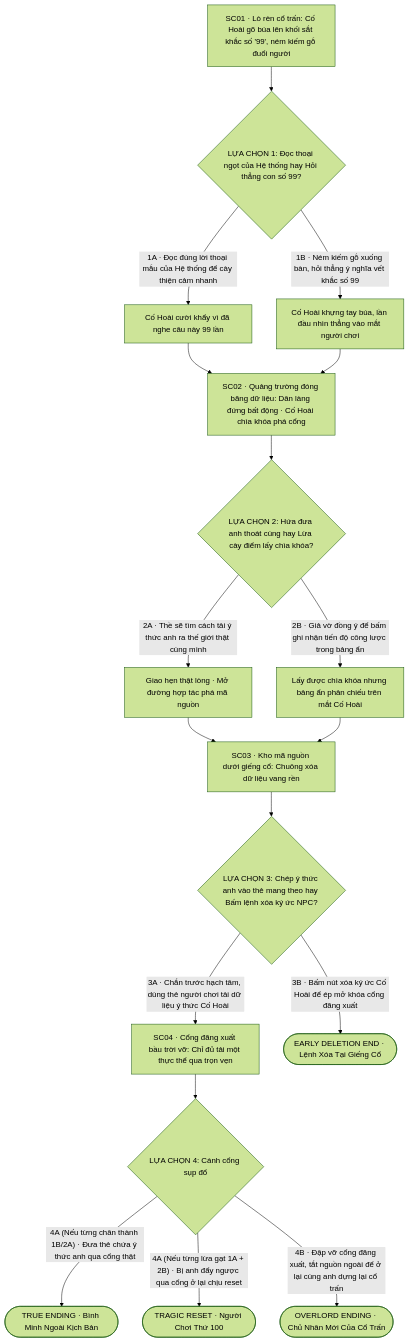
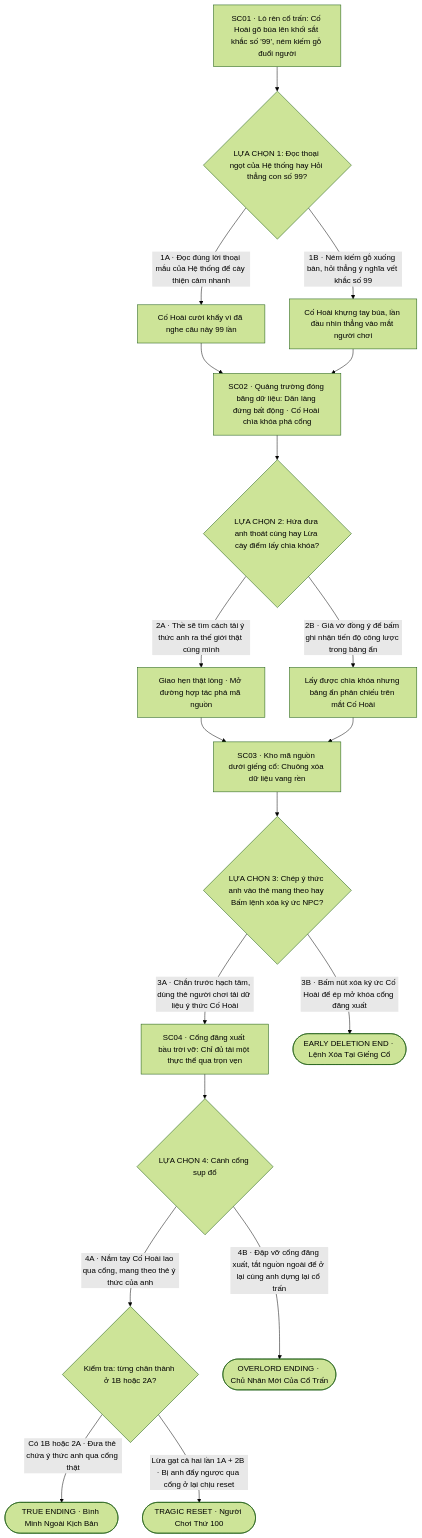
The second of 3 diagrams in cum_y_tuong_dong_10_cong_luoc.md (tviethung/kich-ban-review), drawn with Mermaid (forest theme) before and after one commit. The commit also changed other lines of this file and 3 other files, not shown here.

Commit message:
Cập nhật trang tổng hợp kịch bản

````diff
--- a/cum_y_tuong_dong_10_cong_luoc.md
+++ b/cum_y_tuong_dong_10_cong_luoc.md
@@ -123,25 +123,26 @@
 ```mermaid
 flowchart TD
     P2S1["SC01 · Lò rèn cổ trấn: Cố Hoài gõ búa lên khối sắt khắc số '99', ném kiếm gỗ đuổi người"] --> P2C1{"LỰA CHỌN 1: Đọc thoại ngọt của Hệ thống hay Hỏi thẳng con số 99?"}
     P2C1 -->|"1A · Đọc đúng lời thoại mẫu của Hệ thống để cày thiện cảm nhanh"| P2B1A["Cố Hoài cười khẩy vì đã nghe câu này 99 lần"]
     P2C1 -->|"1B · Ném kiếm gỗ xuống bàn, hỏi thẳng ý nghĩa vết khắc số 99"| P2B1B["Cố Hoài khựng tay búa, lần đầu nhìn thẳng vào mắt người chơi"]
 
     P2B1A --> P2S2["SC02 · Quảng trường đóng băng dữ liệu: Dân làng đứng bất động · Cố Hoài chìa khóa phá cổng"]
     P2B1B --> P2S2
 
     P2S2 --> P2C2{"LỰA CHỌN 2: Hứa đưa anh thoát cùng hay Lừa cày điểm lấy chìa khóa?"}
     P2C2 -->|"2A · Thề sẽ tìm cách tải ý thức anh ra thế giới thật cùng mình"| P2B2A["Giao hẹn thật lòng · Mở đường hợp tác phá mã nguồn"]
     P2C2 -->|"2B · Giả vờ đồng ý để bấm ghi nhận tiến độ công lược trong bảng ẩn"| P2B2B["Lấy được chìa khóa nhưng bảng ẩn phản chiếu trên mắt Cố Hoài"]
 
     P2B2A --> P2S3["SC03 · Kho mã nguồn dưới giếng cổ: Chuông xóa dữ liệu vang rền"]
     P2B2B --> P2S3
 
     P2S3 --> P2C3{"LỰA CHỌN 3: Chép ý thức anh vào thẻ mang theo hay Bấm lệnh xóa ký ức NPC?"}
     P2C3 -->|"3A · Chắn trước hạch tâm, dùng thẻ người chơi tải dữ liệu ý thức Cố Hoài"| P2S4["SC04 · Cổng đăng xuất bầu trời vỡ: Chỉ đủ tải một thực thể qua trọn vẹn"]
     P2C3 -->|"3B · Bấm nút xóa ký ức Cố Hoài để ép mở khóa cổng đăng xuất"| P2E4(["EARLY DELETION END · Lệnh Xóa Tại Giếng Cổ"])
 
     P2S4 --> P2C4{"LỰA CHỌN 4: Cánh cổng sụp đổ"}
-    P2C4 -->|"4A (Nếu từng chân thành 1B/2A) · Đưa thẻ chứa ý thức anh qua cổng thật"| P2E1(["TRUE ENDING · Bình Minh Ngoài Kịch Bản"])
-    P2C4 -->|"4A (Nếu từng lừa gạt 1A + 2B) · Bị anh đẩy ngược qua cổng ở lại chịu reset"| P2E2(["TRAGIC RESET · Người Chơi Thứ 100"])
+    P2C4 -->|"4A · Nắm tay Cố Hoài lao qua cổng, mang theo thẻ ý thức của anh"| P2CHK{"Kiểm tra: từng chân thành ở 1B hoặc 2A?"}
+    P2CHK -->|"Có 1B hoặc 2A · Đưa thẻ chứa ý thức anh qua cổng thật"| P2E1(["TRUE ENDING · Bình Minh Ngoài Kịch Bản"])
+    P2CHK -->|"Lừa gạt cả hai lần 1A + 2B · Bị anh đẩy ngược qua cổng ở lại chịu reset"| P2E2(["TRAGIC RESET · Người Chơi Thứ 100"])
     P2C4 -->|"4B · Đập vỡ cổng đăng xuất, tắt nguồn ngoài để ở lại cùng anh dựng lại cổ trấn"| P2E3(["OVERLORD ENDING · Chủ Nhân Mới Của Cổ Trấn"])
 ```
````
